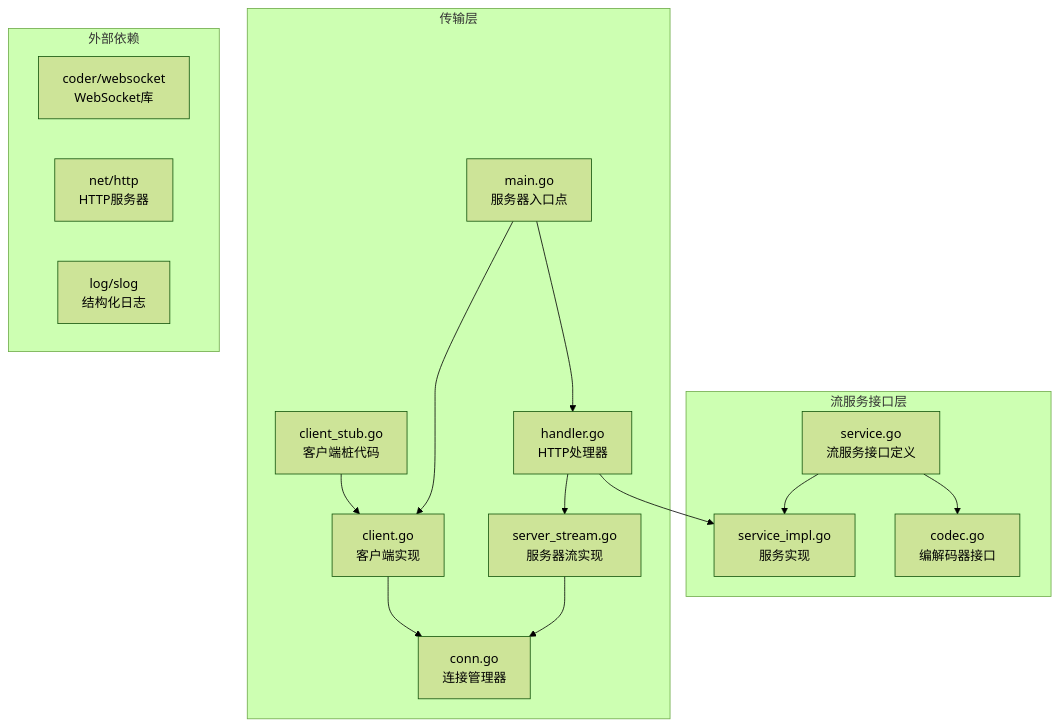
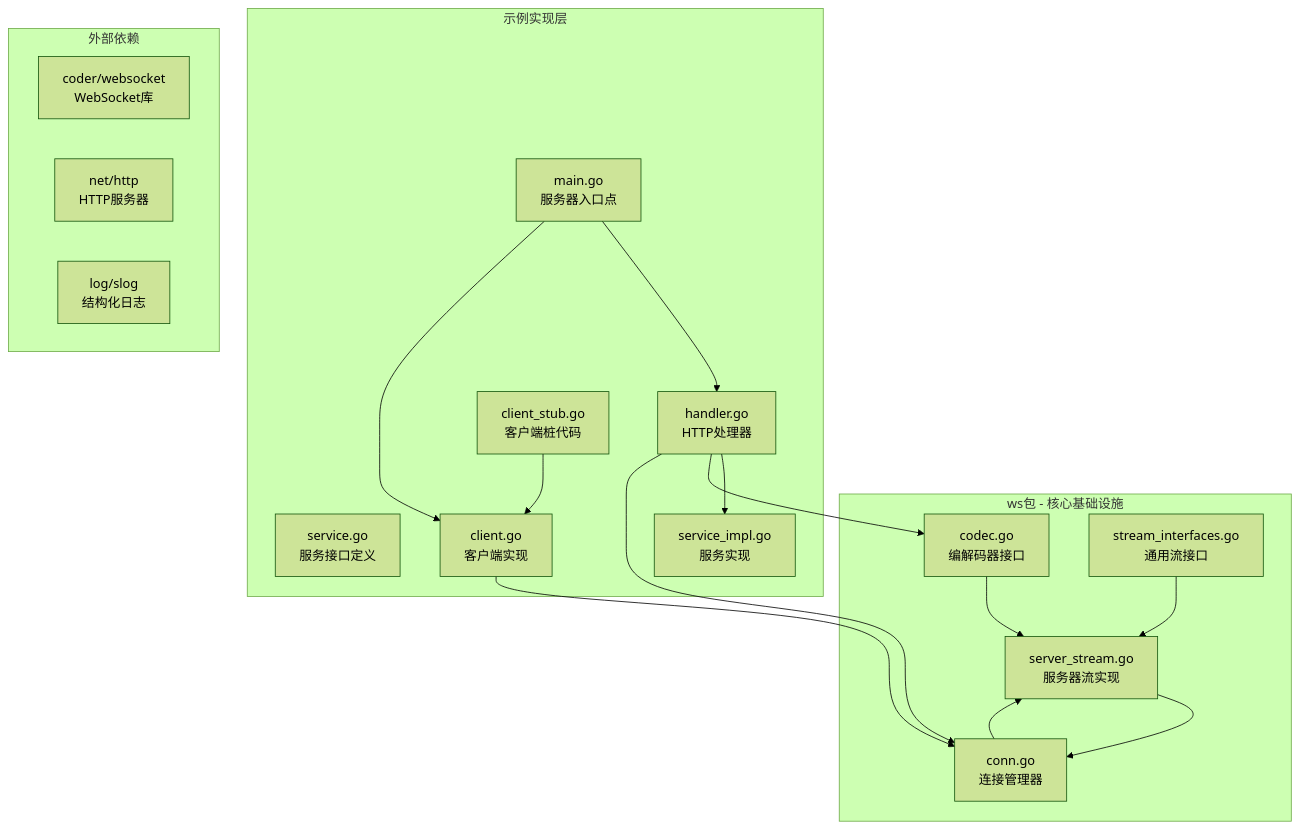
The first of 15 diagrams in .agents/repowiki/zh/content/示例和最佳实践/WebSocket流式系统.md (soyacen/goose), drawn with Mermaid (forest theme) before and after one commit. The commit also changed other lines of this file and 7 other files, not shown here.

First line of the commit message:
Refactor WebSocket client and server stream handling

````diff
--- a/.agents/repowiki/zh/content/示例和最佳实践/WebSocket流式系统.md
+++ b/.agents/repowiki/zh/content/示例和最佳实践/WebSocket流式系统.md
@@ -47,30 +50,33 @@
 ```mermaid
 graph TB
-subgraph "流服务接口层"
-Service[service.go<br/>流服务接口定义]
+subgraph "ws包 - 核心基础设施"
+Codec[codec.go<br/>编解码器接口]
+Conn[conn.go<br/>连接管理器]
+ServerStream[server_stream.go<br/>服务器流实现]
+Interfaces[stream_interfaces.go<br/>通用流接口]
+end
+subgraph "示例实现层"
+Service[service.go<br/>服务接口定义]
 ServiceImpl[service_impl.go<br/>服务实现]
-Codec[codec.go<br/>编解码器接口]
-end
-subgraph "传输层"
 Handler[handler.go<br/>HTTP处理器]
-ServerStream[server_stream.go<br/>服务器流实现]
 ClientStub[client_stub.go<br/>客户端桩代码]
-Conn[conn.go<br/>连接管理器]
 Client[client.go<br/>客户端实现]
 Main[main.go<br/>服务器入口点]
 end
 subgraph "外部依赖"
 WS[coder/websocket<br/>WebSocket库]
 HTTP[net/http<br/>HTTP服务器]
 SLog[log/slog<br/>结构化日志]
 end
-Service --> ServiceImpl
-Service --> Codec
-Handler --> ServerStream
+Codec --> ServerStream
+Conn --> ServerStream
+Interfaces --> ServerStream
 Handler --> ServiceImpl
+Handler --> Codec
+Handler --> Conn
 ClientStub --> Client
 Client --> Conn
 ServerStream --> Conn
 Main --> Handler
 Main --> Client
 ```
````
